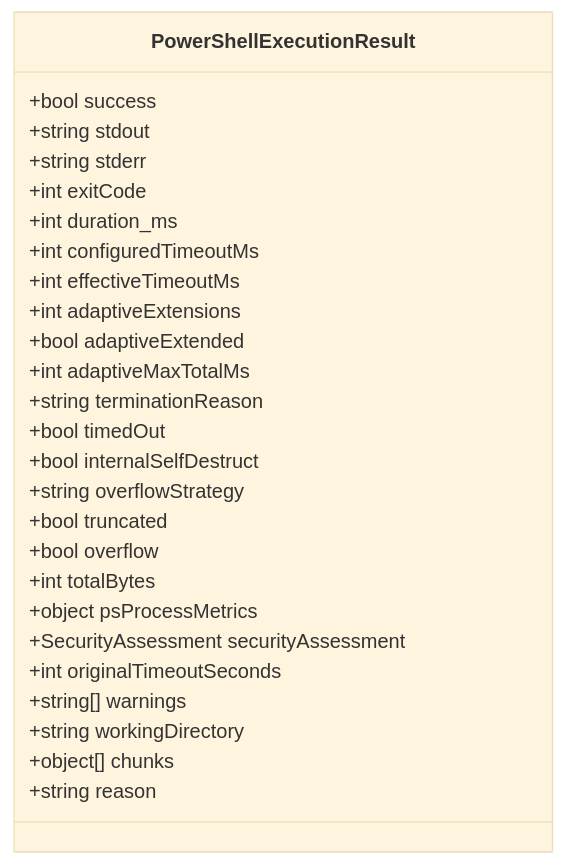
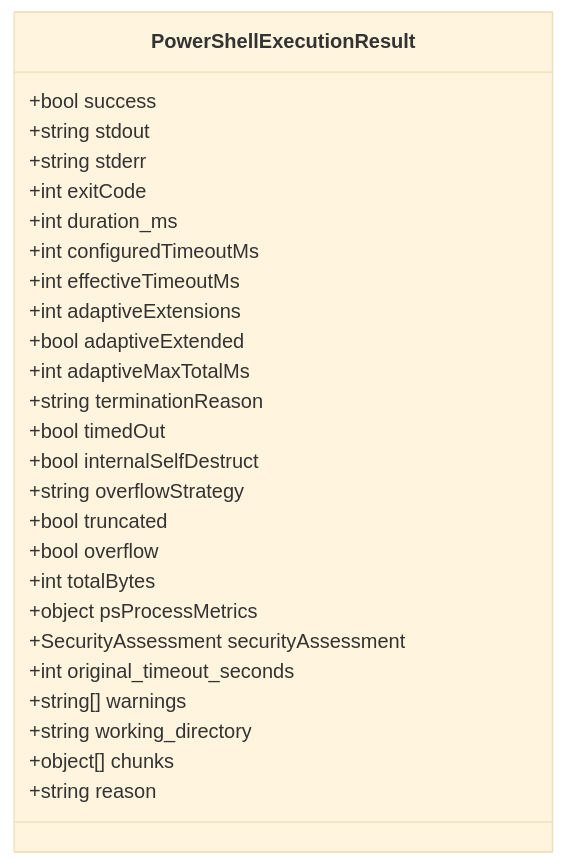
One commit to jagilber-org/powershell-mcp-server changed the ninth of 11 diagrams in docs/ARCHITECTURE.md. Above: the diagram before and after it, drawn with Mermaid (base theme). The commit also changed other lines of this file and 31 other files, not shown here.

````diff
--- a/docs/ARCHITECTURE.md
+++ b/docs/ARCHITECTURE.md
@@ -303,29 +303,29 @@
 ```mermaid
 classDiagram
     class PowerShellExecutionResult {
         +bool success
         +string stdout
         +string stderr
         +int exitCode
         +int duration_ms
         +int configuredTimeoutMs
         +int effectiveTimeoutMs
         +int adaptiveExtensions
         +bool adaptiveExtended
         +int adaptiveMaxTotalMs
         +string terminationReason
         +bool timedOut
         +bool internalSelfDestruct
         +string overflowStrategy
         +bool truncated
         +bool overflow
         +int totalBytes
         +object psProcessMetrics
         +SecurityAssessment securityAssessment
-        +int originalTimeoutSeconds
+        +int original_timeout_seconds
         +string[] warnings
-        +string workingDirectory
+        +string working_directory
         +object[] chunks
         +string reason
     }
 ```
````
